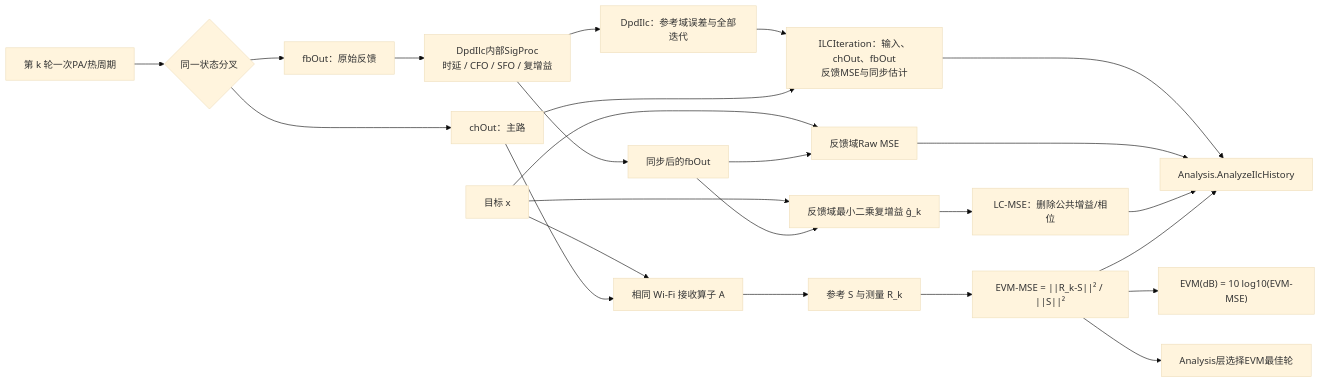
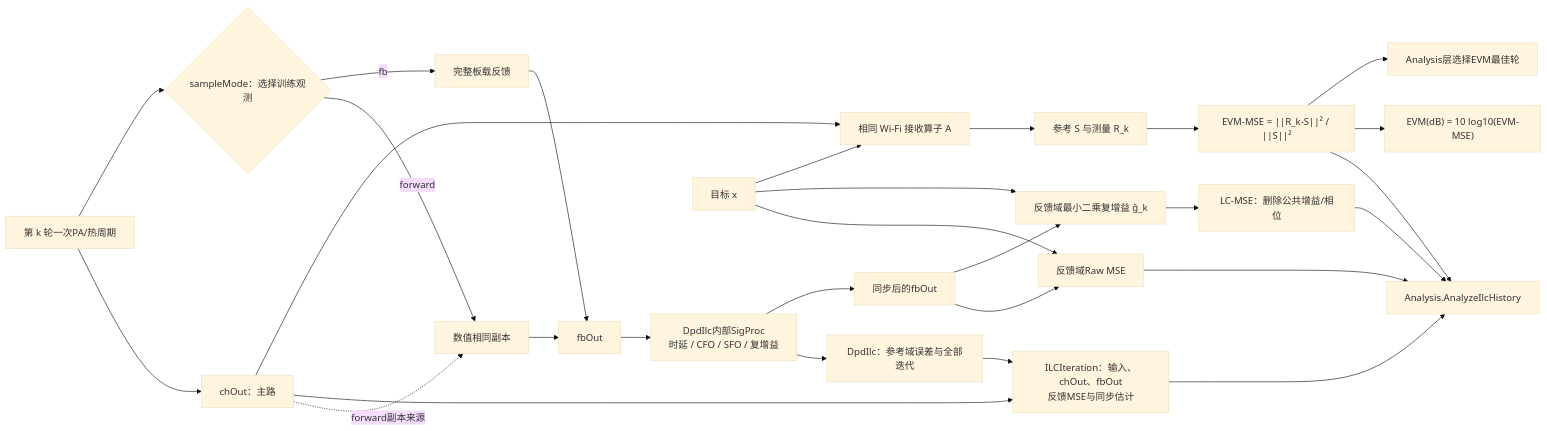
One commit to niyilu45/DPD_ILC changed the sixth of 9 diagrams in doc/Analysis.md. Above: the diagram before and after it, drawn with Mermaid (base theme). The commit also changed other lines of this file and 16 other files, not shown here.

Commit message:
Align forward channel and feedback outputs

````diff
--- a/doc/Analysis.md
+++ b/doc/Analysis.md
@@ -1178,26 +1178,30 @@
 ```mermaid
 flowchart LR
-    plant["第 k 轮一次PA/热周期"] --> branch{"同一状态分叉"}
-    branch --> channelOutput["chOut：主路"]
-    branch --> capture["fbOut：原始反馈"]
-    capture --> ilcSync["DpdIlc内部SigProc<br/>时延 / CFO / SFO / 复增益"]
+    plant["第 k 轮一次PA/热周期"] --> channelOutput["chOut：主路"]
+    plant --> sampleMode{"sampleMode：选择训练观测"}
+    channelOutput -. "forward副本来源" .-> forwardCopy["数值相同副本"]
+    sampleMode -->|forward| forwardCopy
+    sampleMode -->|fb| capture["完整板载反馈"]
+    forwardCopy --> feedbackOutput["fbOut"]
+    capture --> feedbackOutput
+    feedbackOutput --> ilcSync["DpdIlc内部SigProc<br/>时延 / CFO / SFO / 复增益"]
     ilcSync --> ilc["DpdIlc：参考域误差与全部迭代"]
     ilc --> history["ILCIteration：输入、chOut、fbOut<br/>反馈MSE与同步估计"]
     channelOutput --> history
     history --> postAnalysis["Analysis.AnalyzeIlcHistory"]
     ilcSync --> alignedFeedback["同步后的fbOut"]
     reference["目标 x"] --> raw["反馈域Raw MSE"]
     alignedFeedback --> raw
     reference --> ls["反馈域最小二乘复增益 ĝ_k"]
     alignedFeedback --> ls
     ls --> lc["LC-MSE：删除公共增益/相位"]
     reference --> receiver["相同 Wi-Fi 接收算子 A"]
     channelOutput --> receiver
     receiver --> tones["参考 S 与测量 R_k"]
     tones --> evmMse["EVM-MSE = ||R_k-S||² / ||S||²"]
     raw --> postAnalysis
     lc --> postAnalysis
     evmMse --> postAnalysis
     evmMse --> identity["EVM(dB) = 10 log10(EVM-MSE)"]
     evmMse --> best["Analysis层选择EVM最佳轮"]
 ```
````
